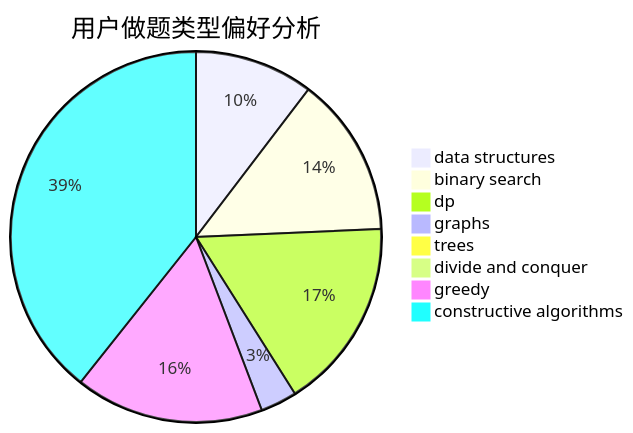
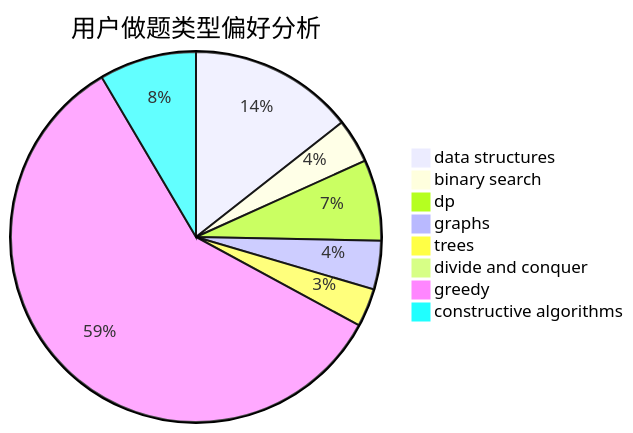
One commit to sherpahu/cfrs.github.io changed the second of 3 diagrams in docs/user/u2368.md. Above: the diagram before and after it, drawn with Mermaid. The commit also changed other lines of this file and 2770 other files, not shown here.

````diff
--- a/docs/user/u2368.md
+++ b/docs/user/u2368.md
@@ -23,11 +23,11 @@
 ```mermaid
 pie title 用户做题类型偏好分析
-    "data structures" :  78
-    "binary search" :  105
-    "dp" :  126
-    "graphs" :  24
-    "trees" :  5
-    "divide and conquer" :  4
-    "greedy" :  124
-    "constructive algorithms" :  296
+    "data structures" :  112
+    "binary search" :  30
+    "dp" :  55
+    "graphs" :  33
+    "trees" :  26
+    "divide and conquer" :  0
+    "greedy" :  456
+    "constructive algorithms" :  66
 ```
````
